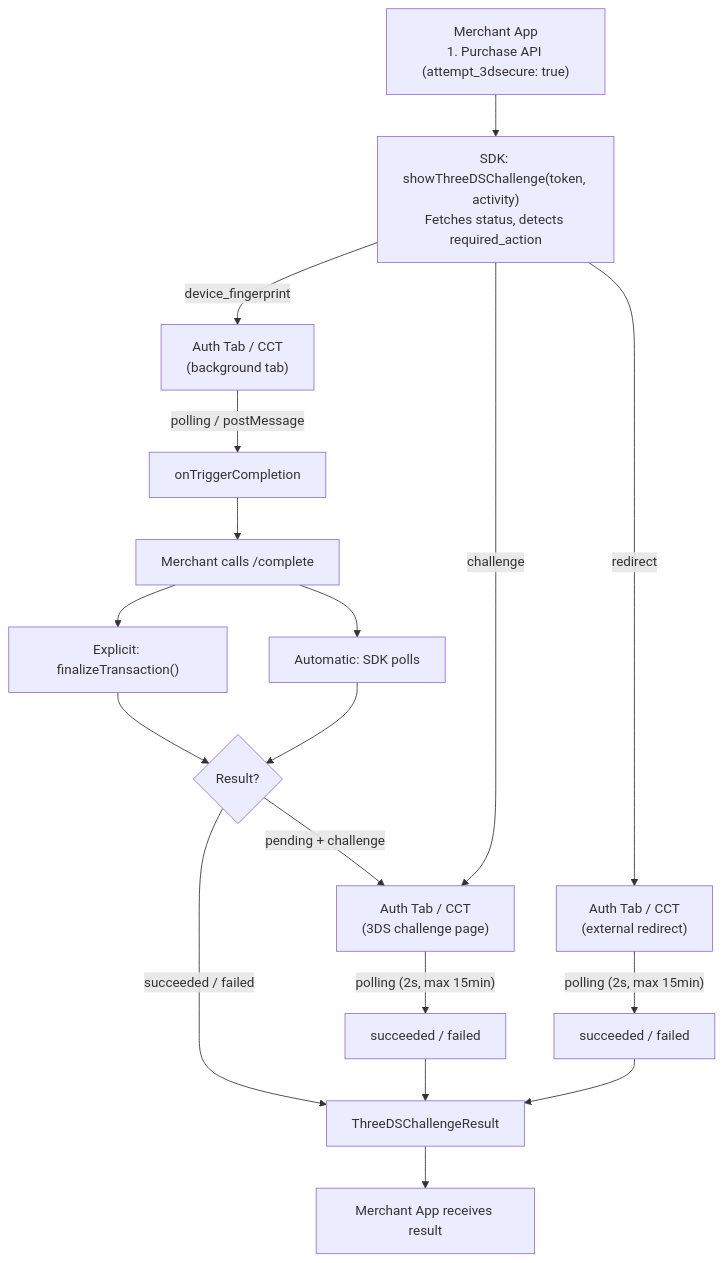
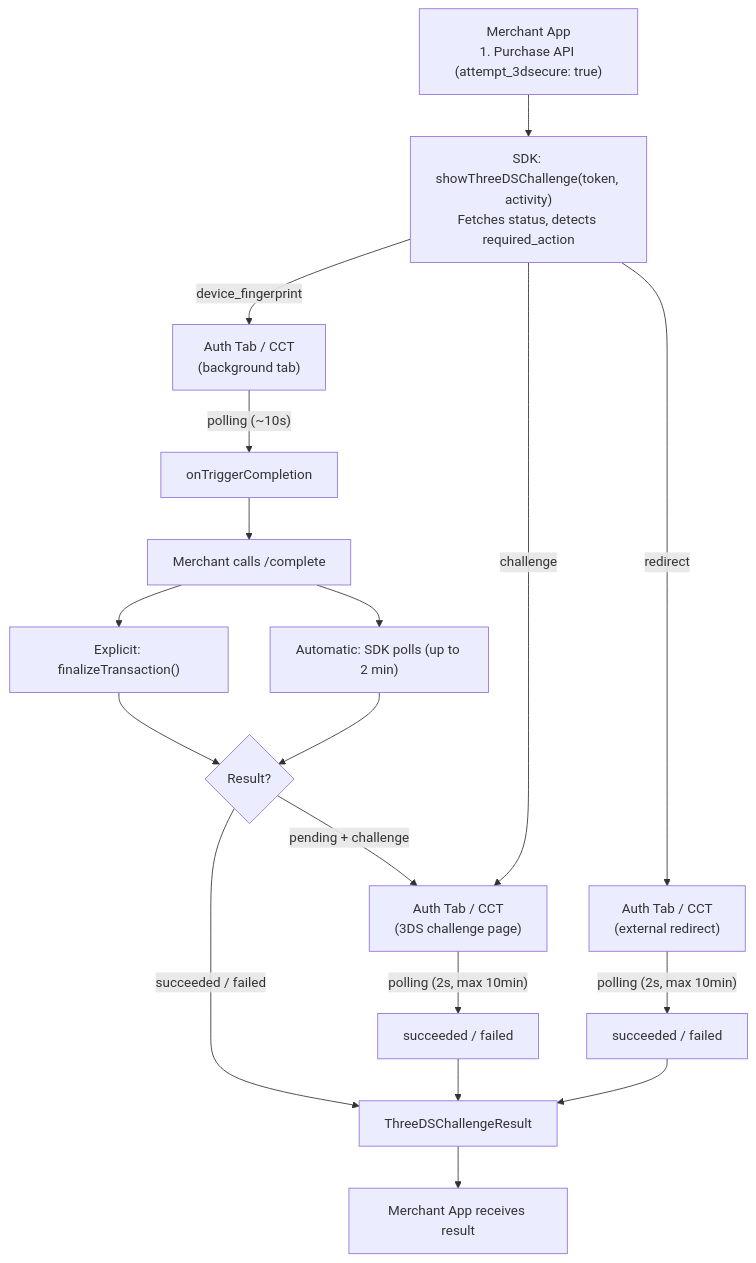
The diagram in docs/guides/3ds-gateway-specific.md (spreedly/checkout-android-example), drawn with Mermaid before and after one commit. The commit also changed other lines of this file and 83 other files, not shown here.

````diff
--- a/docs/guides/3ds-gateway-specific.md
+++ b/docs/guides/3ds-gateway-specific.md
@@ -154,31 +154,31 @@
 ```mermaid
 flowchart TD
     MerchantApp["Merchant App<br/>1. Purchase API (attempt_3dsecure: true)"]
     SDK["SDK: showThreeDSChallenge(token, activity)<br/>Fetches status, detects required_action"]
 
     MerchantApp --> SDK
 
     SDK -->|device_fingerprint| FP["Auth Tab / CCT<br/>(background tab)"]
     SDK -->|challenge| CH["Auth Tab / CCT<br/>(3DS challenge page)"]
     SDK -->|redirect| RD["Auth Tab / CCT<br/>(external redirect)"]
 
-    FP -->|"polling / postMessage"| Trigger[onTriggerCompletion]
+    FP -->|"polling (~10s)"| Trigger[onTriggerCompletion]
     Trigger --> Complete["Merchant calls /complete"]
 
     Complete --> Explicit["Explicit: finalizeTransaction()"]
-    Complete --> Automatic["Automatic: SDK polls"]
+    Complete --> Automatic["Automatic: SDK polls (up to 2 min)"]
 
     Explicit --> CompletionCheck{Result?}
     Automatic --> CompletionCheck
 
     CompletionCheck -->|"succeeded / failed"| FinalResult[ThreeDSChallengeResult]
     CompletionCheck -->|"pending + challenge"| CH
 
-    CH -->|"polling (2s, max 15min)"| ChallengeResult["succeeded / failed"]
-    RD -->|"polling (2s, max 15min)"| RedirectResult["succeeded / failed"]
+    CH -->|"polling (2s, max 10min)"| ChallengeResult["succeeded / failed"]
+    RD -->|"polling (2s, max 10min)"| RedirectResult["succeeded / failed"]
 
     ChallengeResult --> FinalResult
     RedirectResult --> FinalResult
 
     FinalResult --> MerchantReceives["Merchant App receives result"]
 ```
````
